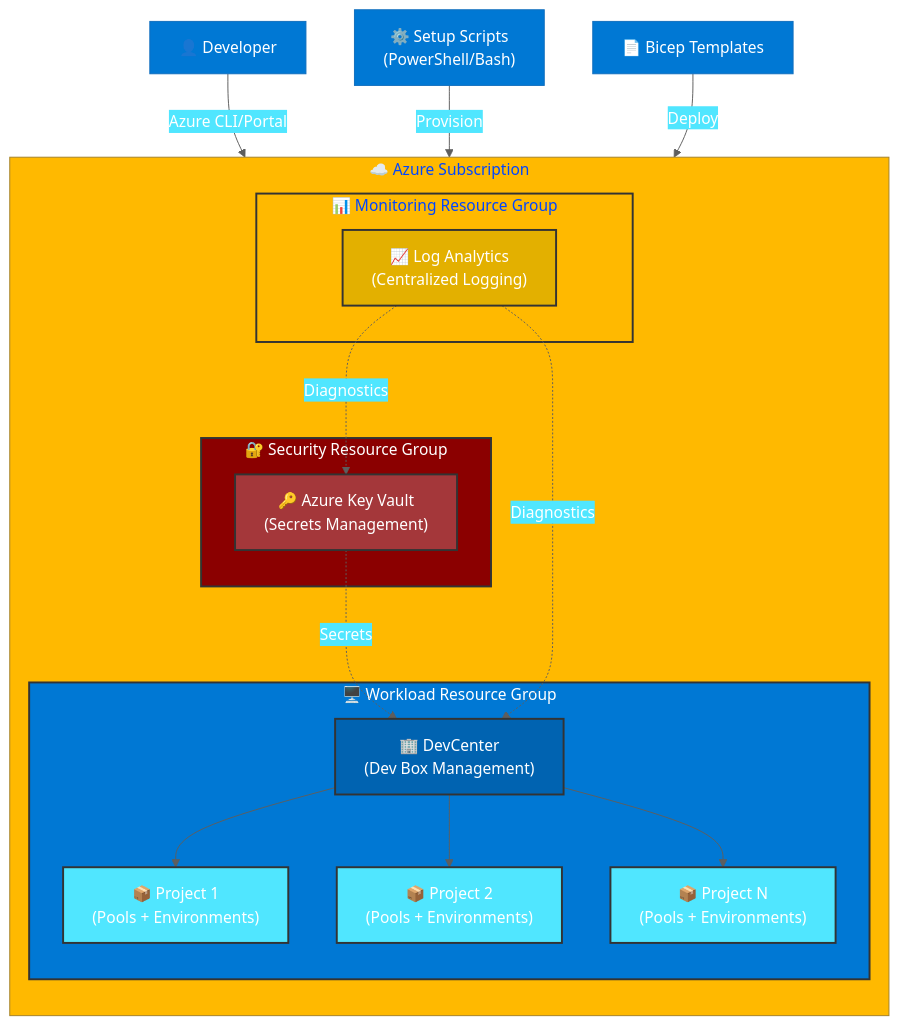
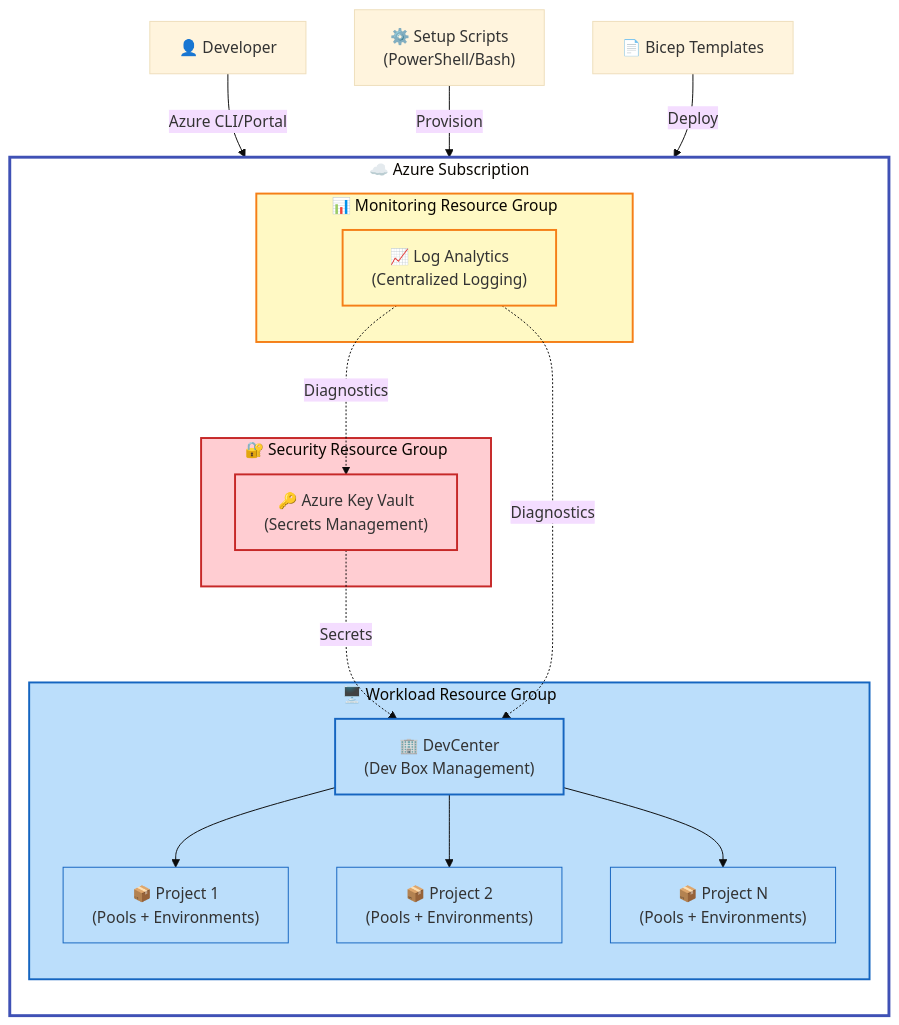
Before and after one commit to Evilazaro/DevExp-DevBox: the first of 2 diagrams in README.md, drawn with Mermaid. The commit also changed other lines of this file, not shown here.

Commit message:
refactor: enhance flowchart configurations and descriptions in README.md for clarity and visual consistency

````diff
--- a/README.md
+++ b/README.md
@@ -46,53 +46,55 @@
 ```mermaid
 ---
 config:
   theme: base
-  themeVariables:
-    primaryColor: "#0078D4"
-    primaryTextColor: "#fff"
-    primaryBorderColor: "#106EBE"
-    lineColor: "#5E5E5E"
-    secondaryColor: "#50E6FF"
-    tertiaryColor: "#FFB900"
 ---
 flowchart TB
+    accTitle: Azure Dev Box Architecture Diagram
+    accDescr: Three-tier architecture showing Security Resource Group with Key Vault, Monitoring Resource Group with Log Analytics, and Workload Resource Group containing DevCenter managing multiple projects. External actors include developers, setup scripts, and Bicep templates.
+
     subgraph Azure["☁️ Azure Subscription"]
         direction TB
 
         subgraph Security["🔐 Security Resource Group"]
             KV["🔑 Azure Key Vault<br/>(Secrets Management)"]
         end
 
         subgraph Monitoring["📊 Monitoring Resource Group"]
             LA["📈 Log Analytics<br/>(Centralized Logging)"]
         end
 
         subgraph Workload["🖥️ Workload Resource Group"]
             DC["🏢 DevCenter<br/>(Dev Box Management)"]
             P1["📦 Project 1<br/>(Pools + Environments)"]
             P2["📦 Project 2<br/>(Pools + Environments)"]
             PN["📦 Project N<br/>(Pools + Environments)"]
         end
 
         KV -.->|Secrets| DC
         LA -.->|Diagnostics| DC
         LA -.->|Diagnostics| KV
         DC --> P1
         DC --> P2
         DC --> PN
     end
 
     User["👤 Developer"] -->|Azure CLI/Portal| DC
     Setup["⚙️ Setup Scripts<br/>(PowerShell/Bash)"] -->|Provision| Azure
     Bicep["📄 Bicep Templates"] -->|Deploy| Azure
 
-    style Security fill:#8B0000,stroke:#333,stroke-width:2px,color:#fff
-    style Monitoring fill:#FFB900,stroke:#333,stroke-width:2px
-    style Workload fill:#0078D4,stroke:#333,stroke-width:2px,color:#fff
-    style KV fill:#A4373A,stroke:#333,stroke-width:2px,color:#fff
-    style LA fill:#E3B000,stroke:#333,stroke-width:2px
-    style DC fill:#0063B1,stroke:#333,stroke-width:2px,color:#fff
-    style P1 fill:#50E6FF,stroke:#333,stroke-width:2px
-    style P2 fill:#50E6FF,stroke:#333,stroke-width:2px
-    style PN fill:#50E6FF,stroke:#333,stroke-width:2px
+    %% Main container (Level 1) - Always white
+    style Azure fill:#FFFFFF,stroke:#3F51B5,stroke-width:3px
+
+    %% Functional siblings (Level 2) - Different semantic colors
+    style Security fill:#FFCDD2,stroke:#C62828,stroke-width:2px
+    style Monitoring fill:#FFF9C4,stroke:#F57F17,stroke-width:2px
+    style Workload fill:#BBDEFB,stroke:#1565C0,stroke-width:2px
+
+    %% Content nodes - Semantic colors matching parent
+    style KV fill:#FFCDD2,stroke:#C62828,stroke-width:2px
+    style LA fill:#FFF9C4,stroke:#F57F17,stroke-width:2px
+    style DC fill:#BBDEFB,stroke:#1565C0,stroke-width:2px
+    style P1 fill:#BBDEFB,stroke:#1565C0,stroke-width:1px
+    style P2 fill:#BBDEFB,stroke:#1565C0,stroke-width:1px
+    style PN fill:#BBDEFB,stroke:#1565C0,stroke-width:1px
 ```
````
